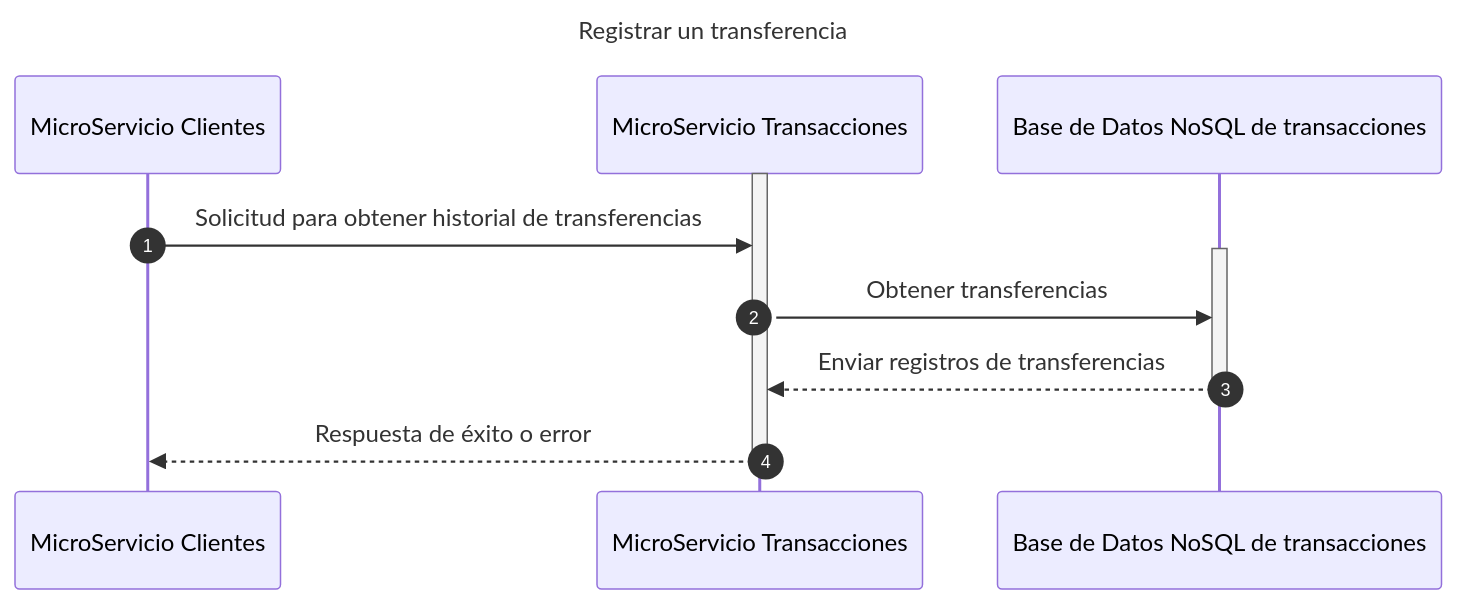
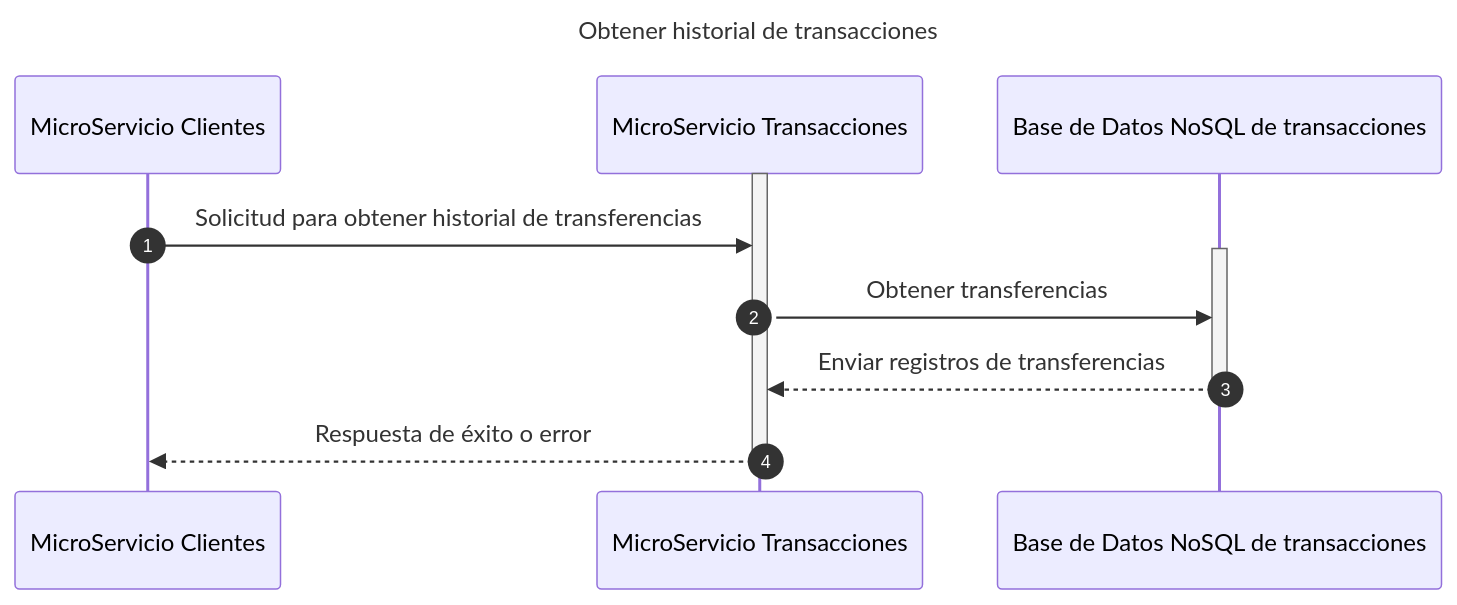
One commit to dannyverap/XYZBank changed diagram 17 of 17 in Documentacion/DiagramaDeSecuencia.md. Above: the diagram before and after it, drawn with Mermaid.

````diff
--- a/Documentacion/DiagramaDeSecuencia.md
+++ b/Documentacion/DiagramaDeSecuencia.md
@@ -414,16 +414,16 @@
 ```mermaid
 sequenceDiagram
-    title Registrar un transferencia
+    title Obtener historial de transacciones
     autonumber
     participant MsCliente as MicroServicio Clientes
     participant MsTransaction as MicroServicio Transacciones
     participant TransactionDb as Base de Datos NoSQL de transacciones
     activate MsTransaction
     MsCliente ->> MsTransaction: Solicitud para obtener historial de transferencias
     activate TransactionDb
     MsTransaction ->> TransactionDb: Obtener transferencias
     TransactionDb -->> MsTransaction: Enviar registros de transferencias
     deactivate TransactionDb
     MsTransaction -->> MsCliente: Respuesta de éxito o error
     deactivate MsTransaction
 ```
````
